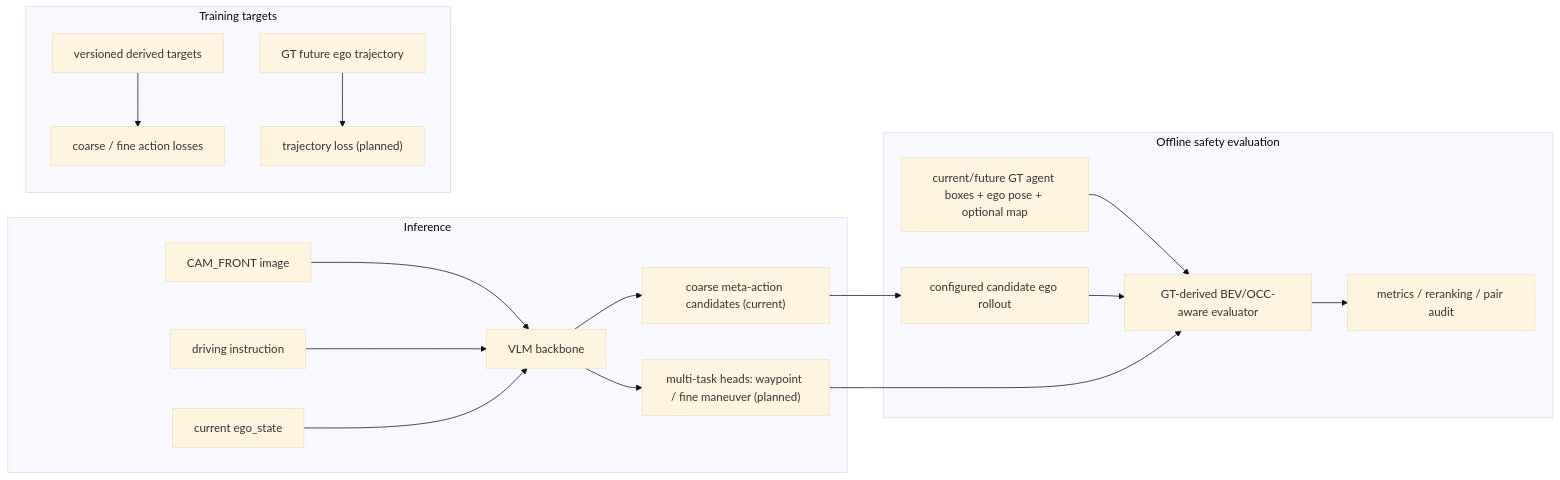
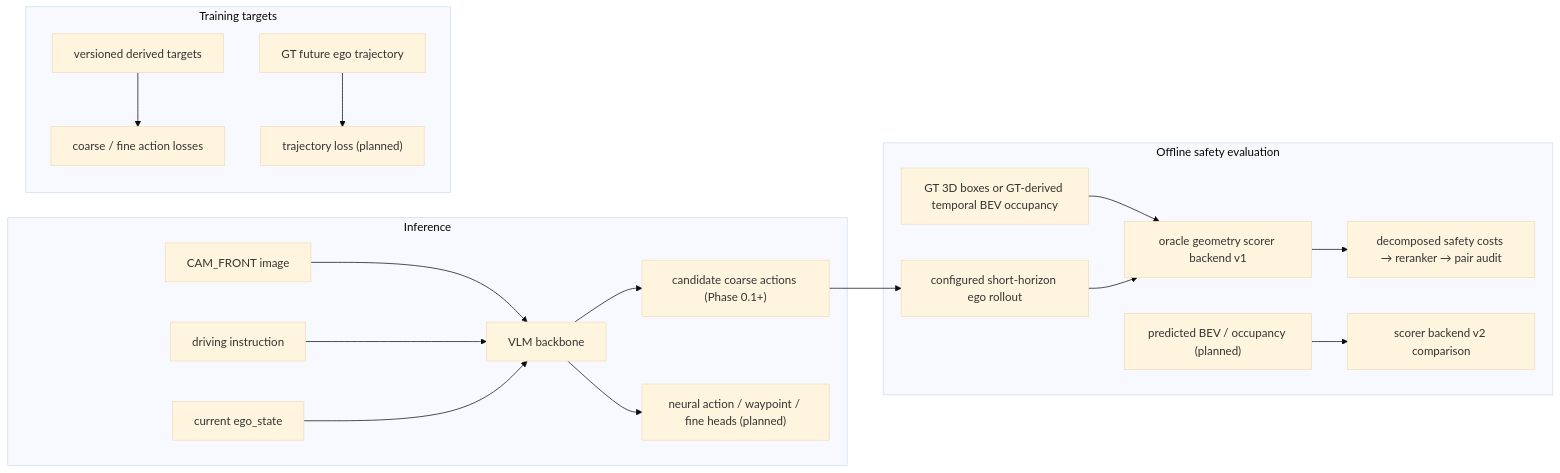
The diagram in project_mvp_plan.md (TNAG031231/4vla_learning), drawn with Mermaid (base theme) before and after one commit. The commit also changed other lines of this file and 2 other files, not shown here.

Commit message:
docs: clarify safety and occupancy gates in VLA roadmap

````diff
--- a/project_mvp_plan.md
+++ b/project_mvp_plan.md
@@ -30,23 +30,23 @@
 ```mermaid
 flowchart LR
     subgraph Inference
         A["CAM_FRONT image"] --> D["VLM backbone"]
         B["driving instruction"] --> D
         C["current ego_state"] --> D
-        D --> E["coarse meta-action candidates (current)"]
-        D --> F["multi-task heads: waypoint / fine maneuver (planned)"]
+        D --> E["candidate coarse actions (Phase 0.1+)"]
+        D --> F["neural action / waypoint / fine heads (planned)"]
     end
 
     subgraph Training targets
         G["versioned derived targets"] --> H["coarse / fine action losses"]
         I["GT future ego trajectory"] --> J["trajectory loss (planned)"]
     end
 
     subgraph Offline safety evaluation
-        K["current/future GT agent boxes + ego pose + optional map"] --> L["GT-derived BEV/OCC-aware evaluator"]
-        E --> M["configured candidate ego rollout"]
+        E --> M["configured short-horizon ego rollout"]
+        K["GT 3D boxes or GT-derived temporal BEV occupancy"] --> L["oracle geometry scorer backend v1"]
         M --> L
-        F --> L
-        L --> N["metrics / reranking / pair audit"]
+        L --> N["decomposed safety costs → reranker → pair audit"]
+        O["predicted BEV / occupancy (planned)"] --> P["scorer backend v2 comparison"]
     end
 ```
````
